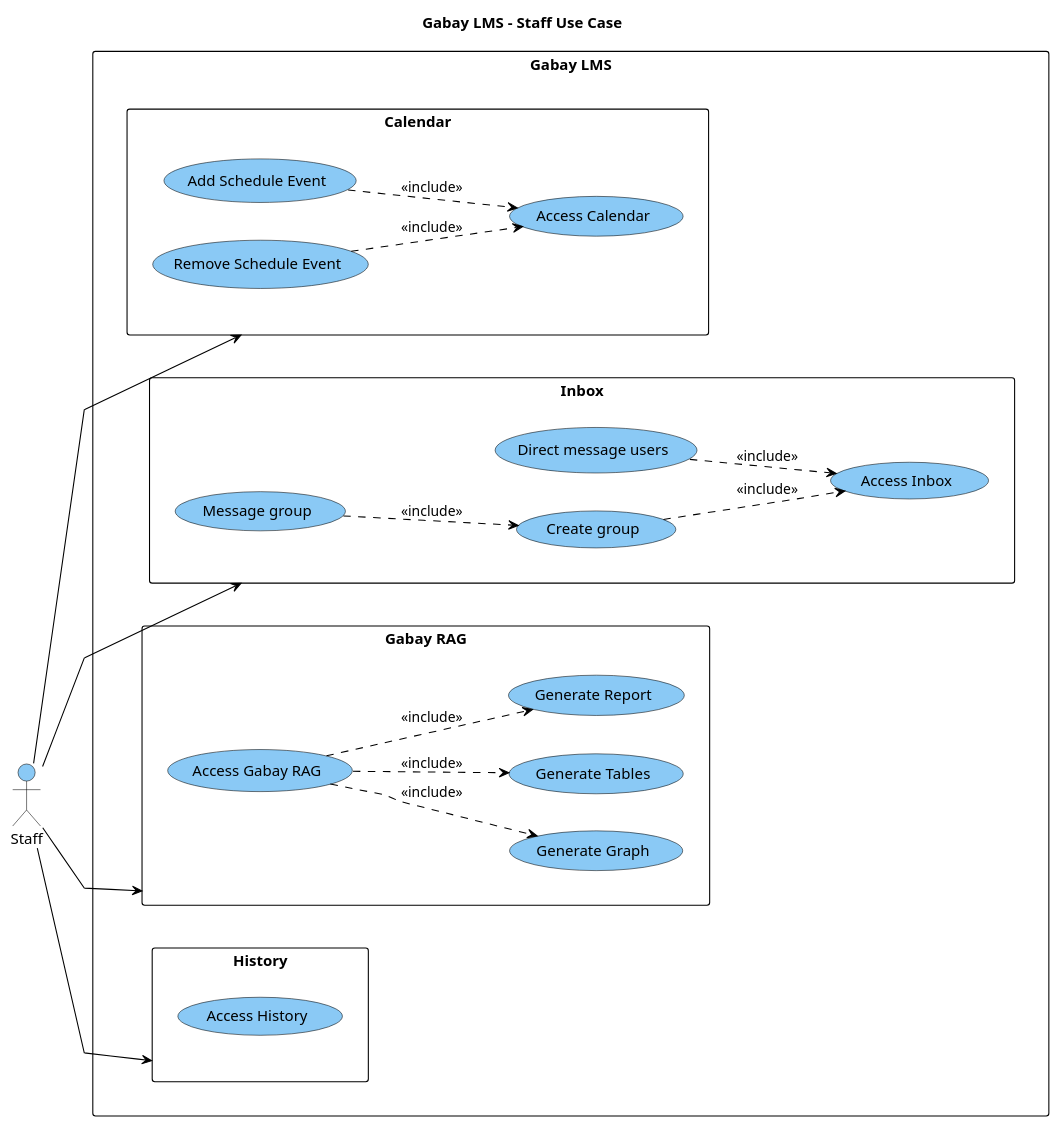
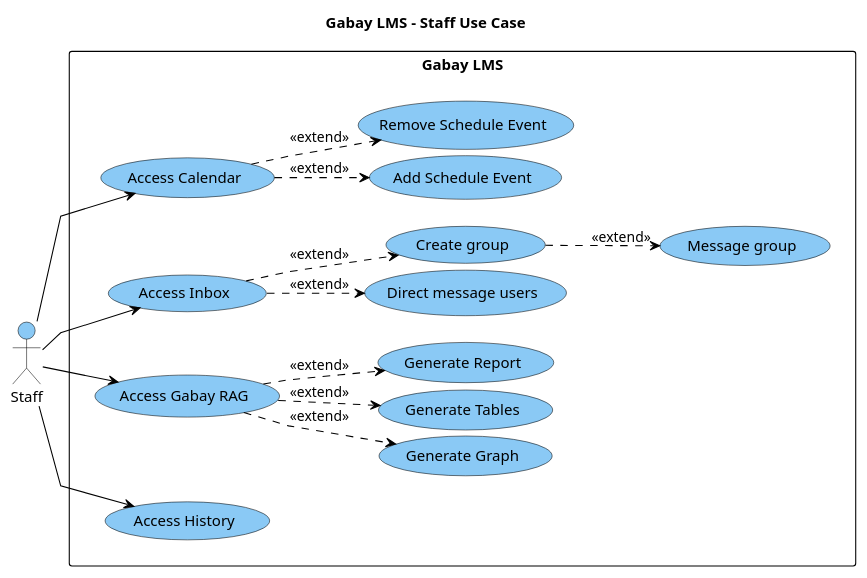
Before and after one commit to Axxues/Gabay-Prototype: the diagram in docs/diagrams/usecase-staff.puml, drawn with PlantUML. The commit also changed 445 other files, not shown here.

```diff
--- a/docs/diagrams/usecase-staff.puml
+++ b/docs/diagrams/usecase-staff.puml
@@ -1,58 +1,59 @@
 @startuml
 title Gabay LMS - Staff Use Case
 left to right direction
-skinparam packageStyle rectangle
 skinparam usecase {
   BackgroundColor #8AC9F5
   BorderColor black
 }
 skinparam actor {
   BackgroundColor #8AC9F5
   BorderColor black
 }
-skinparam package {
+skinparam rectangle {
   BackgroundColor white
   BorderColor black
 }
 skinparam arrowColor black
 skinparam linetype polyline
+skinparam nodesep 6
+skinparam ranksep 12
 
 actor "Staff" as Staff
 
 rectangle "Gabay LMS" {
-  package "Calendar" as P5 {
+  together {
     usecase "Access Calendar" as UC8
     usecase "Add Schedule Event" as UC8a
     usecase "Remove Schedule Event" as UC8b
   }
-  package "Inbox" as P6 {
+  together {
     usecase "Access Inbox" as UC9
     usecase "Direct message users" as UC9a
     usecase "Create group" as UC9b
     usecase "Message group" as UC9c
   }
-  package "Gabay RAG" as P7 {
+  together {
     usecase "Access Gabay RAG" as UCRAG
     usecase "Generate Graph" as UCRAG_G
     usecase "Generate Tables" as UCRAG_T
     usecase "Generate Report" as UCRAG_R
   }
-  package "History" as P8 {
+  together {
     usecase "Access History" as UC10
   }
 }
 
-Staff --> P5
-Staff --> P6
-Staff --> P7
-Staff --> P8
+Staff --> UC8
+Staff --> UC9
+Staff --> UCRAG
+Staff --> UC10
 
-UC8a ..> UC8 : <<include>>
-UC8b ..> UC8 : <<include>>
-UC9a ..> UC9 : <<include>>
-UC9b ..> UC9 : <<include>>
-UC9c ..> UC9b : <<include>>
-UCRAG ..> UCRAG_G : <<include>>
-UCRAG ..> UCRAG_T : <<include>>
-UCRAG ..> UCRAG_R : <<include>>
+UC8 ..> UC8a : <<extend>>
+UC8 ..> UC8b : <<extend>>
+UC9 ..> UC9a : <<extend>>
+UC9 ..> UC9b : <<extend>>
+UC9b ..> UC9c : <<extend>>
+UCRAG ..> UCRAG_G : <<extend>>
+UCRAG ..> UCRAG_T : <<extend>>
+UCRAG ..> UCRAG_R : <<extend>>
 @enduml
```
